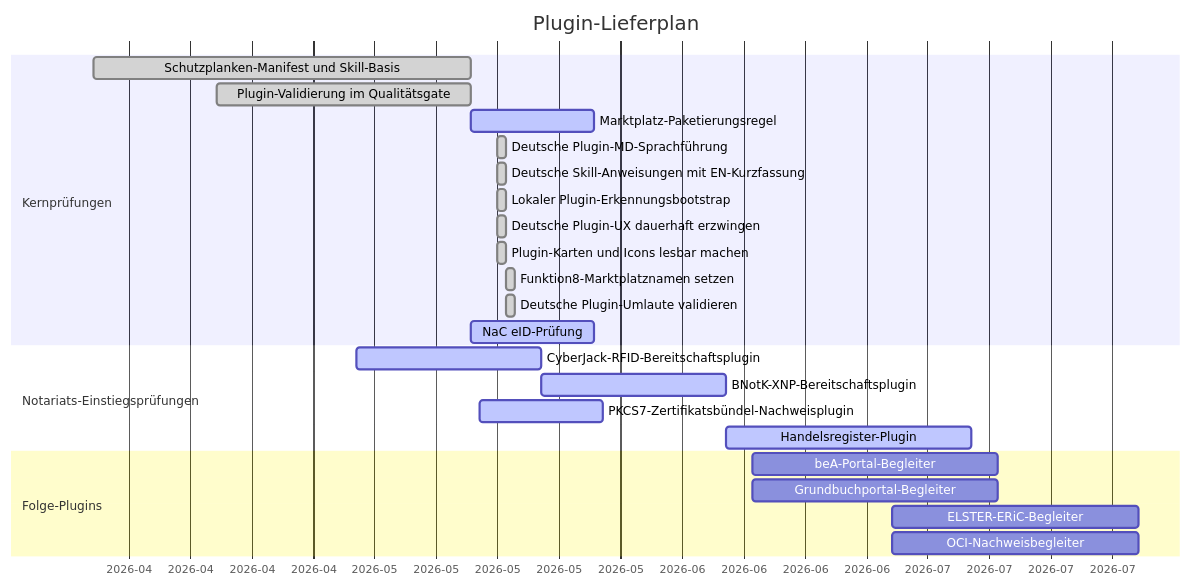
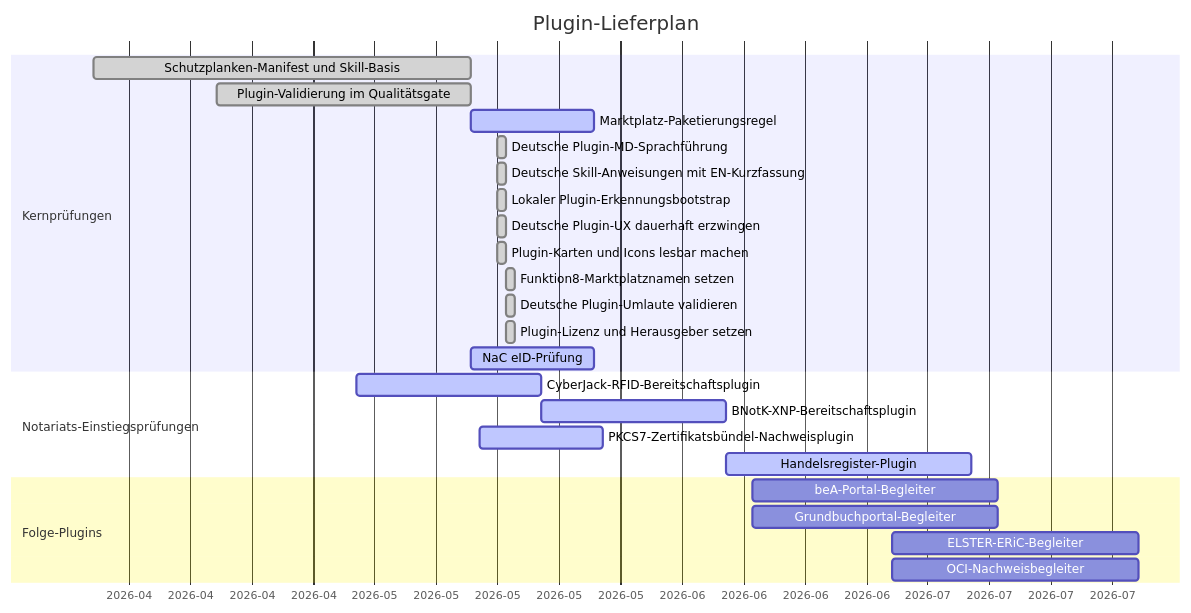
The diagram in plugins/GANTT.md (notariat8/NaC), drawn with Mermaid before and after one commit. The commit also changed other lines of this file and 30 other files, not shown here.

````diff
--- a/plugins/GANTT.md
+++ b/plugins/GANTT.md
@@ -5,31 +5,32 @@
 ```mermaid
 gantt
     title Plugin-Lieferplan
     dateFormat  YYYY-MM-DD
     axisFormat  %Y-%m
 
     section Kernprüfungen
     Schutzplanken-Manifest und Skill-Basis     :done,   p1, 2026-04-01, 2026-05-14
     Plugin-Validierung im Qualitätsgate       :done,   p2, 2026-04-15, 2026-05-14
     Marktplatz-Paketierungsregel               :active, p3, 2026-05-14, 14d
     Deutsche Plugin-MD-Sprachführung          :done,   p3a, 2026-05-17, 1d
     Deutsche Skill-Anweisungen mit EN-Kurzfassung :done, p3b, 2026-05-17, 1d
     Lokaler Plugin-Erkennungsbootstrap          :done,   p3c, 2026-05-17, 1d
     Deutsche Plugin-UX dauerhaft erzwingen      :done,   p3d, 2026-05-17, 1d
     Plugin-Karten und Icons lesbar machen       :done,   p3e, 2026-05-17, 1d
     Funktion8-Marktplatznamen setzen            :done,   p3f, 2026-05-18, 1d
     Deutsche Plugin-Umlaute validieren           :done,   p3g, 2026-05-18, 1d
+    Plugin-Lizenz und Herausgeber setzen         :done,   p3h, 2026-05-18, 1d
     NaC eID-Prüfung                            :active, p4, 2026-05-14, 14d
 
     section Notariats-Einstiegsprüfungen
     CyberJack-RFID-Bereitschaftsplugin         :active, p5, 2026-05-01, 21d
     BNotK-XNP-Bereitschaftsplugin              :active, p6, after p5, 21d
     PKCS7-Zertifikatsbündel-Nachweisplugin    :active, p6a, 2026-05-15, 14d
     Handelsregister-Plugin                     :active, p7, after p6, 28d
 
     section Folge-Plugins
     beA-Portal-Begleiter                       :        p8, 2026-06-15, 28d
     Grundbuchportal-Begleiter                  :        p9, 2026-06-15, 28d
     ELSTER-ERiC-Begleiter                      :        p10, 2026-07-01, 28d
     OCI-Nachweisbegleiter                      :        p11, 2026-07-01, 28d
 ```
````
